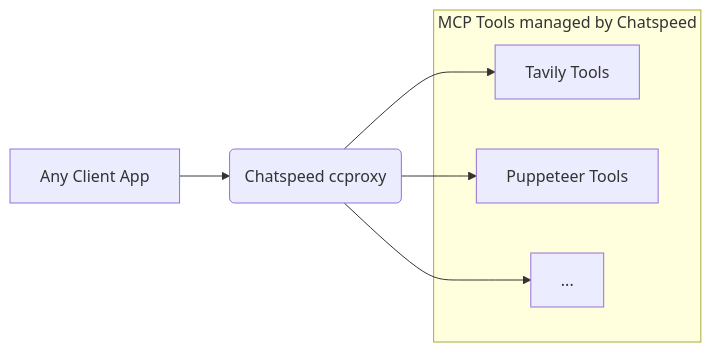
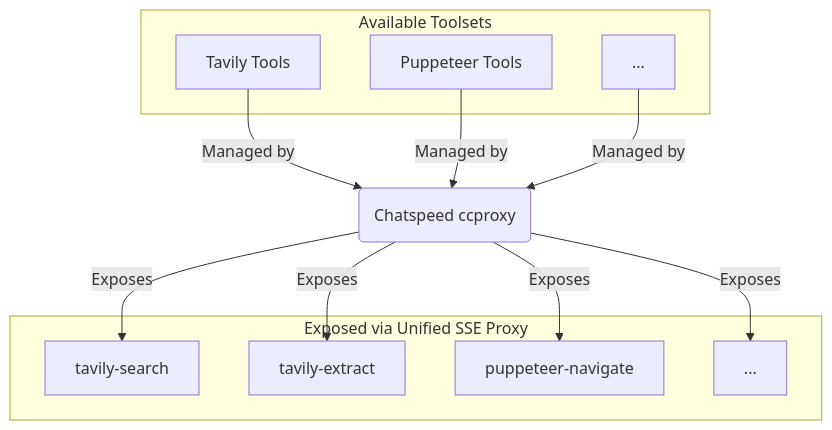
The second of 2 diagrams in README.md (aidyou/chatspeed), drawn with Mermaid before and after one commit. The commit also changed other lines of this file and 1 other file, not shown here.

Commit message:
docs: Revamp READMEs with diagrams and installation guide

````diff
--- a/README.md
+++ b/README.md
@@ -33,14 +35,26 @@
 ```mermaid
-graph LR
-    A[Any Client App] --> B(Chatspeed ccproxy)
-
-    subgraph "MCP Tools managed by Chatspeed"
-        C[Tavily Tools]
-        D[Puppeteer Tools]
-        E[...]
+graph TD
+    subgraph "Available Toolsets"
+        A[Tavily Tools]
+        B[Puppeteer Tools]
+        C[...]
     end
 
-    B --> C
-    B --> D
-    B --> E
+    P(Chatspeed ccproxy)
+
+    subgraph "Exposed via Unified SSE Proxy"
+        D[tavily-search]
+        E[tavily-extract]
+        F[puppeteer-navigate]
+        G[...]
+    end
+
+    A -- "Managed by" --> P
+    B -- "Managed by" --> P
+    C -- "Managed by" --> P
+
+    P -- "Exposes" --> D
+    P -- "Exposes" --> E
+    P -- "Exposes" --> F
+    P -- "Exposes" --> G
 ```
````
